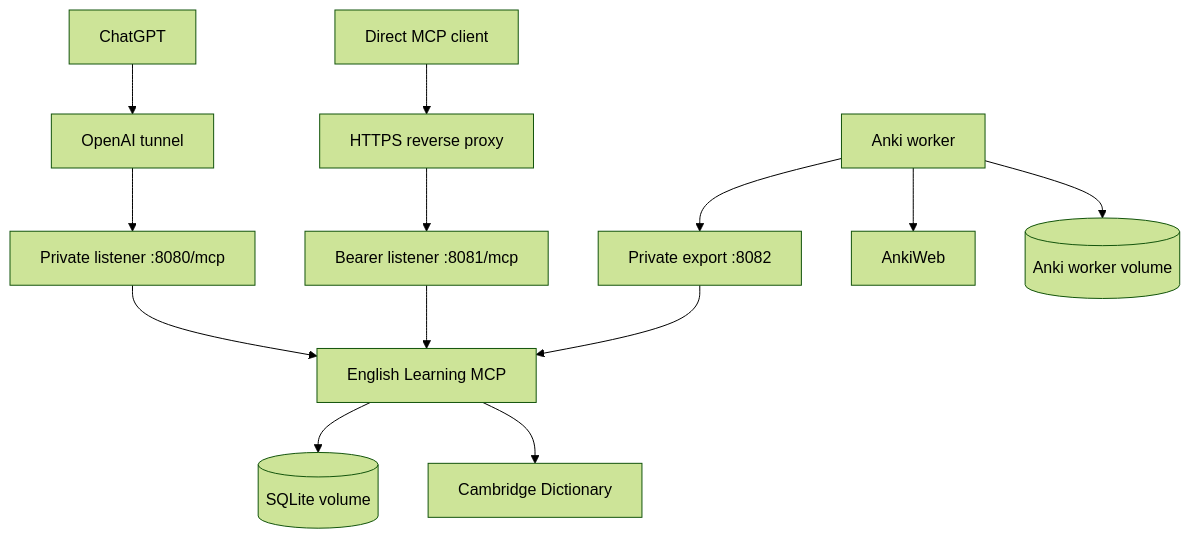
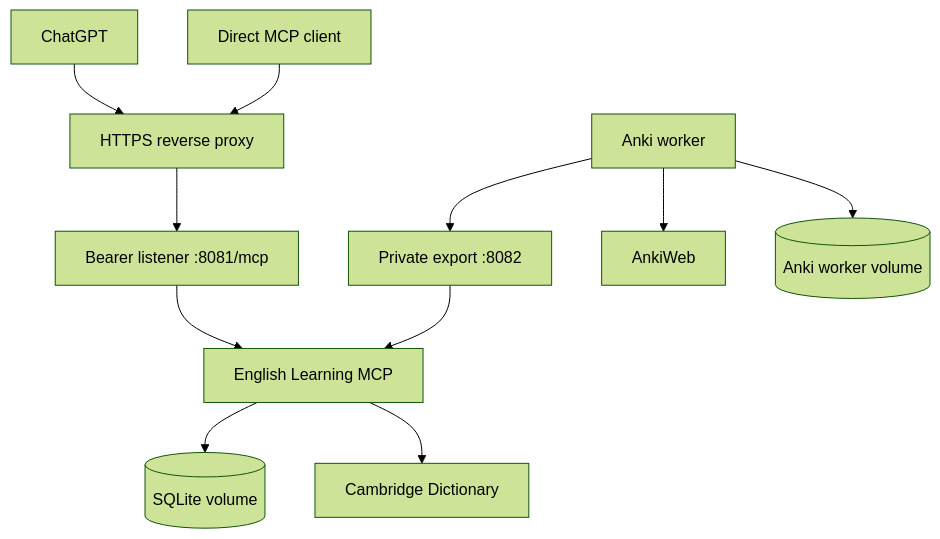
One commit to cjvnjde/chatgpt-english-mcp changed the diagram in docs/deployment.md. Above: the diagram before and after it, drawn with Mermaid (forest theme). The commit also changed other lines of this file and 14 other files, not shown here.

````diff
--- a/docs/deployment.md
+++ b/docs/deployment.md
@@ -5,15 +5,13 @@
 ```mermaid
 flowchart TD
-    A[ChatGPT] --> B[OpenAI tunnel]
-    B --> C[Private listener :8080/mcp]
+    A[ChatGPT] --> E[HTTPS reverse proxy]
     D[Direct MCP client] --> E[HTTPS reverse proxy]
     E --> F[Bearer listener :8081/mcp]
-    C --> G[English Learning MCP]
-    F --> G
+    F --> G[English Learning MCP]
     G --> H[(SQLite volume)]
     G --> I[Cambridge Dictionary]
     J[Anki worker] --> K[Private export :8082]
     K --> G
     J --> L[AnkiWeb]
     J --> M[(Anki worker volume)]
 ```
````
